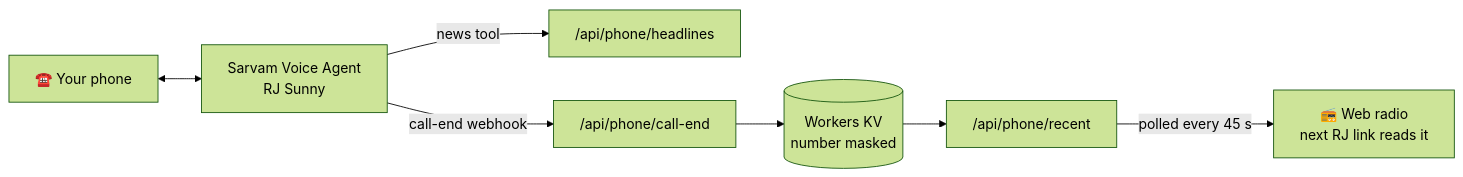
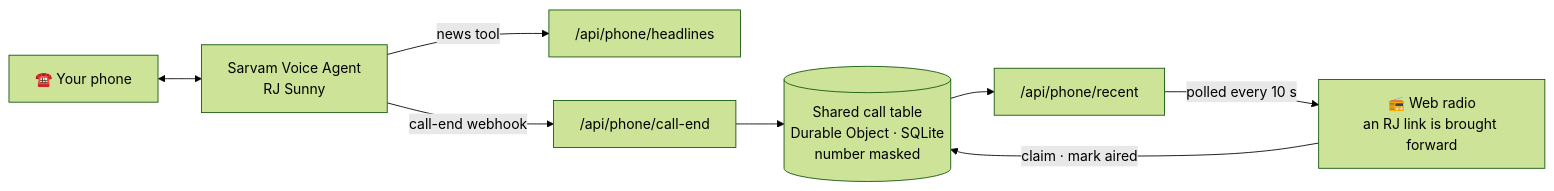
One commit to harshbhx/tarang-fm changed the third of 5 diagrams in README.md. Above: the diagram before and after it, drawn with Mermaid (forest theme). The commit also changed other lines of this file and 18 other files, not shown here.

First line of the commit message:
feat(phone): one shared call table, so a studio call is read on air once, ever

````diff
--- a/README.md
+++ b/README.md
@@ -105,9 +106,10 @@
 ```mermaid
 flowchart LR
   P["☎️ Your phone"] <--> VA["Sarvam Voice Agent<br/>RJ Sunny"]
   VA -- "news tool" --> H["/api/phone/headlines"]
   VA -- "call-end webhook" --> CE["/api/phone/call-end"]
-  CE --> KV[("Workers KV<br/>number masked")]
-  KV --> R["/api/phone/recent"]
-  R -- "polled every 45 s" --> WEB["📻 Web radio<br/>next RJ link reads it"]
+  CE --> DO[("Shared call table<br/>Durable Object · SQLite<br/>number masked")]
+  DO --> R["/api/phone/recent"]
+  R -- "polled every 10 s" --> WEB["📻 Web radio<br/>an RJ link is brought forward"]
+  WEB -- "claim · mark aired" --> DO
 ```
````
